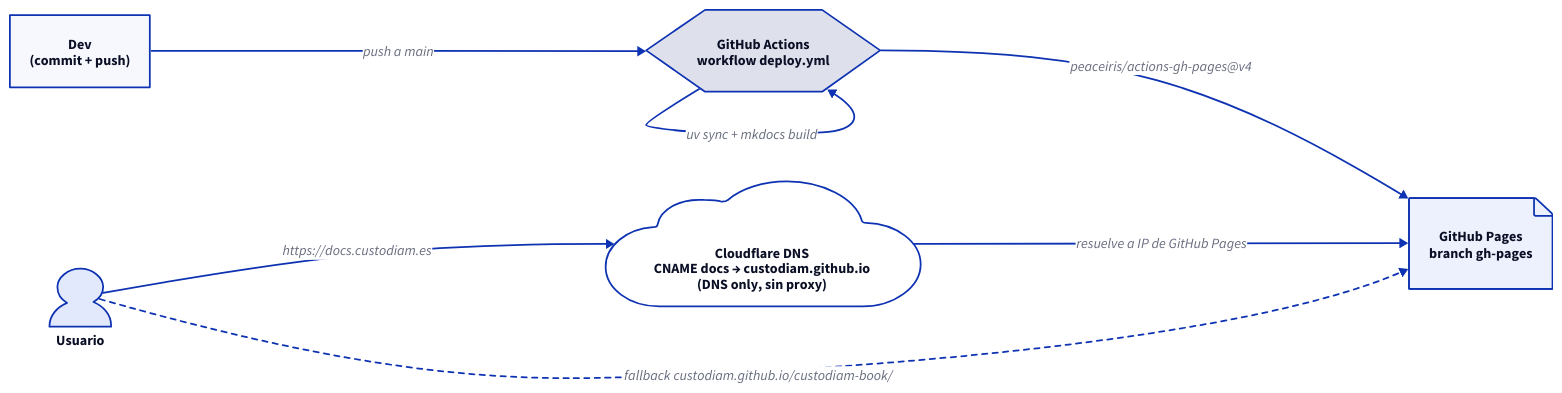
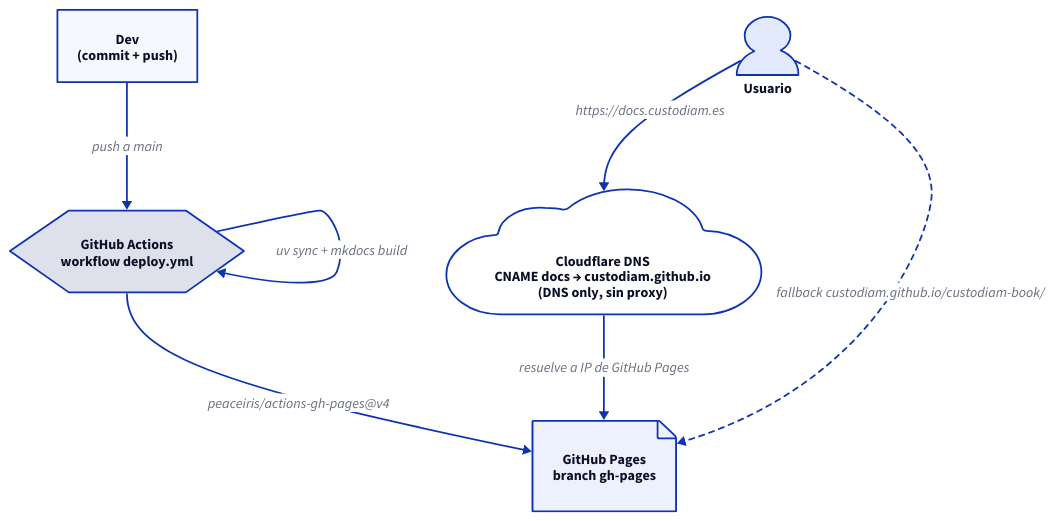
The fifth of 5 diagrams in docs/arquitectura/diagramas.md (custodiam/custodiam-book), drawn with D2 before and after one commit. The commit also changed other lines of this file, not shown here.

Commit message:
fix(book): cambiar topologías a direction down para legibilidad (#11)
Los dos diagramas D2 de `arquitectura/diagramas.md` (topología de
despliegue prod + despliegue del book) usaban `direction: right` y se
veían comprimidos en el ancho fijo del contenedor del book — los grupos
con muchos contenedores anidados (CF + Host con su stack) quedaban
amontonados y el texto prácticamente ilegible.

Cambia ambos a `direction: down`. Los otros tres diagramas D2 del book
ya estaban bien:

- `modelo-datos.md` ER — `direction: right` funciona porque tablas
  con sql_table caben anchas.
- `notificaciones.md` topología FCM+ntfy — `direction: right` con
  solo 4 grupos compactos.
- `stack.md` alto nivel — ya estaba en `direction: down`.

Validado visualmente con `mkdocs serve` local en localhost:8000.

````diff
--- a/docs/arquitectura/diagramas.md
+++ b/docs/arquitectura/diagramas.md
@@ -153,26 +153,26 @@
 ```d2
-direction: right
+direction: down
 
 dev: Dev\n(commit + push)
 gh: GitHub Actions\nworkflow deploy.yml {
   shape: hexagon
 }
 pages: GitHub Pages\nbranch gh-pages {
   shape: page
 }
 dns: Cloudflare DNS\nCNAME docs → custodiam.github.io\n(DNS only, sin proxy) {
   shape: cloud
 }
 user: Usuario {
   shape: person
 }
 
 dev -> gh: push a main
 gh -> gh: uv sync + mkdocs build
 gh -> pages: peaceiris/actions-gh-pages@v4
 user -> dns: https\://docs.custodiam.es
 dns -> pages: resuelve a IP de GitHub Pages
 user -> pages: fallback custodiam.github.io/custodiam-book/ {
   style.stroke-dash: 3
 }
 ```
````
